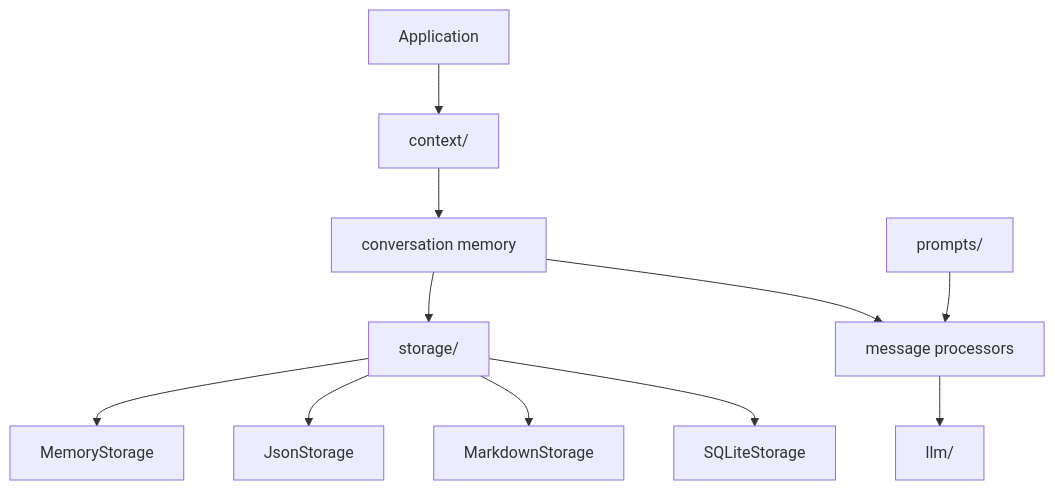
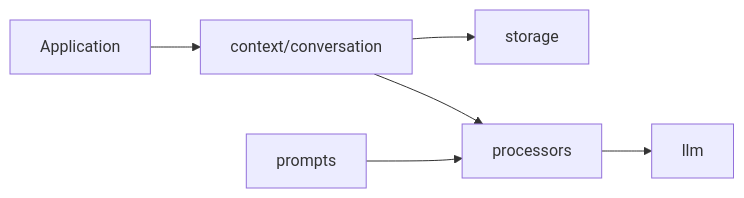
The second of 2 diagrams in README.md (hluchetu/llm-memory-from-scratch-), drawn with Mermaid before and after one commit. The commit also changed other lines of this file and 5 other files, not shown here.

````diff
--- a/README.md
+++ b/README.md
@@ -17,14 +95,8 @@
 ```mermaid
-flowchart TB
-    App["Application"] --> Context["context/"]
-    Context --> Conversation["conversation memory"]
-    Conversation --> Storage["storage/"]
-    Conversation --> Processors["message processors"]
-    Processors --> LLM["llm/"]
-    Prompts["prompts/"] --> Processors
-
-    Storage --> Memory["MemoryStorage"]
-    Storage --> JSON["JsonStorage"]
-    Storage --> Markdown["MarkdownStorage"]
-    Storage --> SQLite["SQLiteStorage"]
+flowchart LR
+    App["Application"] --> Context["context/conversation"]
+    Context --> Storage["storage"]
+    Context --> Processors["processors"]
+    Processors --> LLM["llm"]
+    Prompts["prompts"] --> Processors
 ```
````
